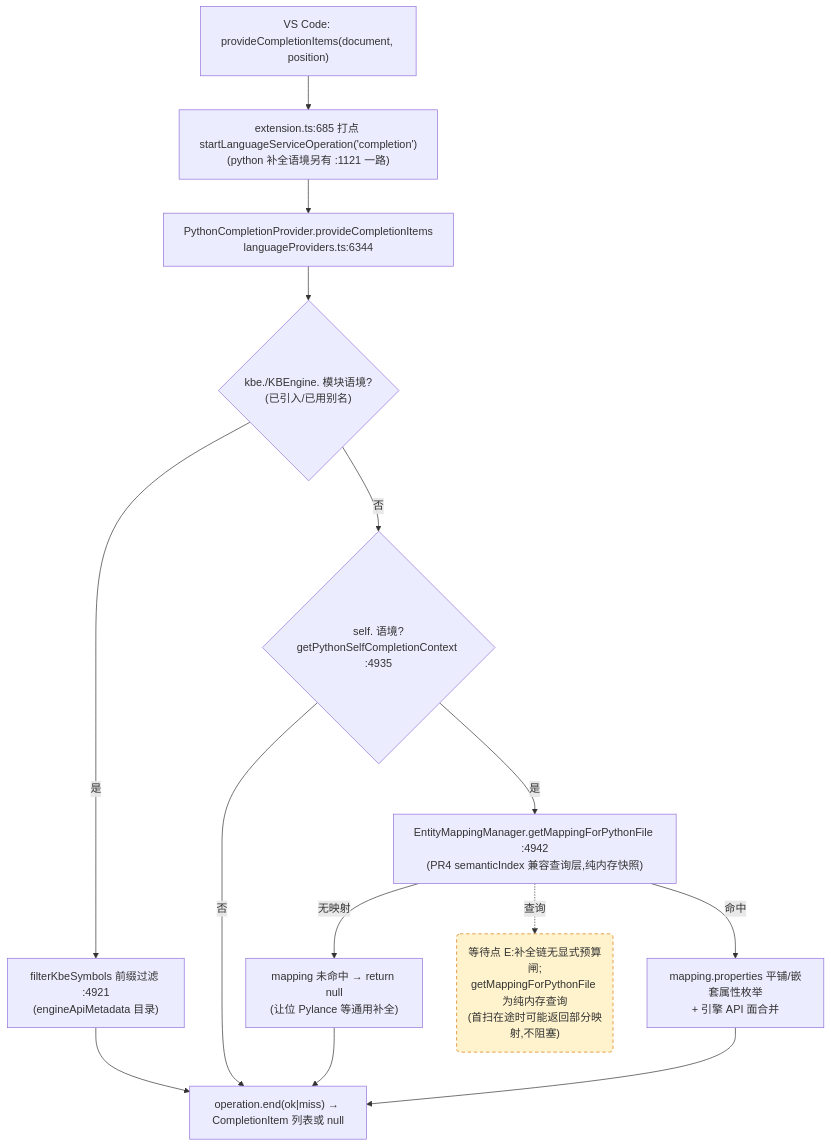
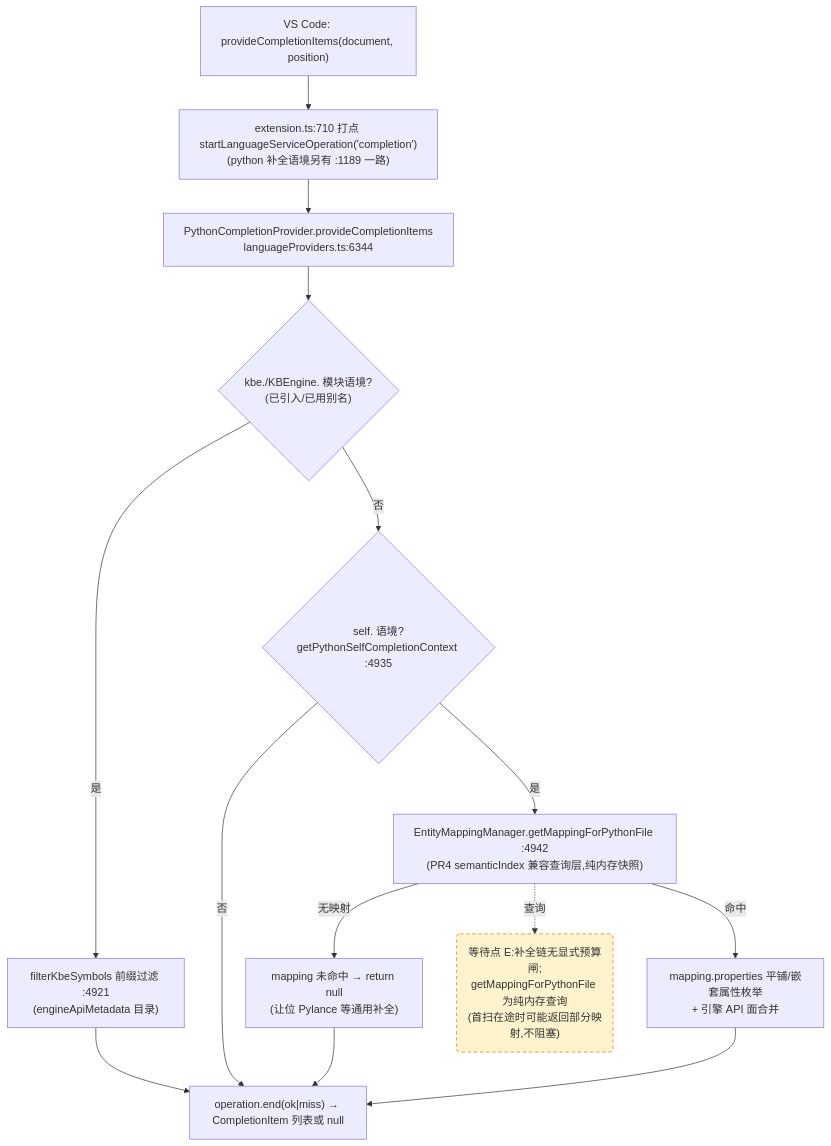
The third of 4 diagrams in docs/perf/2026-baseline.md (cuihairu/kode), drawn with Mermaid before and after one commit. The commit also changed other lines of this file and 20 other files, not shown here.

````diff
--- a/docs/perf/2026-baseline.md
+++ b/docs/perf/2026-baseline.md
@@ -184,27 +184,27 @@
 ```mermaid
 flowchart TD
   VC3["VS Code: provideCompletionItems(document, position)"]
-  M3["extension.ts:685 打点 startLanguageServiceOperation('completion')<br/>(python 补全语境另有 :1121 一路)"]
+  M3["extension.ts:710 打点 startLanguageServiceOperation('completion')<br/>(python 补全语境另有 :1189 一路)"]
   CP["PythonCompletionProvider.provideCompletionItems<br/>languageProviders.ts:6344"]
   KBEC{"kbe./KBEngine. 模块语境?<br/>(已引入/已用别名)"}
   FILTER["filterKbeSymbols 前缀过滤 :4921<br/>(engineApiMetadata 目录)"]
   SELFC{"self. 语境?<br/>getPythonSelfCompletionContext :4935"}
   MAP["EntityMappingManager.getMappingForPythonFile :4942<br/>(PR4 semanticIndex 兼容查询层,纯内存快照)"]
   NOMAP["mapping 未命中 → return null<br/>(让位 Pylance 等通用补全)"]
   PROPS["mapping.properties 平铺/嵌套属性枚举<br/>+ 引擎 API 面合并"]
   END3["operation.end(ok|miss) → CompletionItem 列表或 null"]
 
   VC3 --> M3 --> CP --> KBEC
   KBEC -- "是" --> FILTER --> END3
   KBEC -- "否" --> SELFC
   SELFC -- "否" --> END3
   SELFC -- "是" --> MAP
   MAP -- "无映射" --> NOMAP --> END3
   MAP -- "命中" --> PROPS --> END3
 
   WAITE("等待点 E:补全链无显式预算闸;<br/>getMappingForPythonFile 为纯内存查询<br/>(首扫在途时可能返回部分映射,不阻塞)")
   MAP -.->|查询| WAITE
 
   classDef waitPoint fill:#fff3cd,stroke:#d97706,stroke-dasharray:5 4;
   class WAITE waitPoint;
 ```
````
